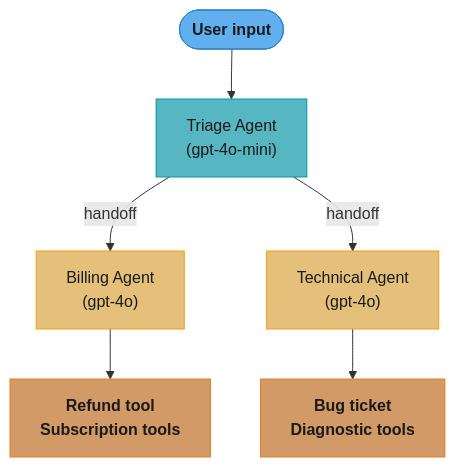
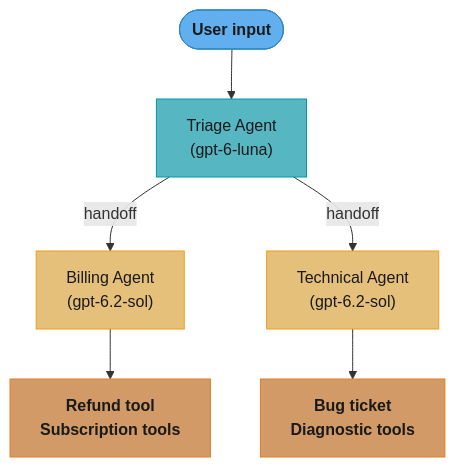
The second of 3 diagrams in src/main/java/com/rutik/systemdesign/llm/agentic_frameworks/openai_agents_sdk.md (rppol/system-design), drawn with Mermaid before and after one commit. The commit also changed other lines of this file and 70 other files, not shown here.

````diff
--- a/src/main/java/com/rutik/systemdesign/llm/agentic_frameworks/openai_agents_sdk.md
+++ b/src/main/java/com/rutik/systemdesign/llm/agentic_frameworks/openai_agents_sdk.md
@@ -120,21 +122,21 @@
 ```mermaid
 flowchart TD
     classDef io      fill:#61afef,stroke:#2e86c1,color:#1a1a1a,font-weight:bold
     classDef frozen  fill:#c678dd,stroke:#9b59b6,color:#fff
     classDef train   fill:#98c379,stroke:#27ae60,color:#1a1a1a
     classDef mathOp  fill:#d19a66,stroke:#e67e22,color:#1a1a1a,font-weight:bold
     classDef lossN   fill:#e06c75,stroke:#c0392b,color:#fff,font-weight:bold
     classDef req     fill:#56b6c2,stroke:#0097a7,color:#1a1a1a
     classDef base    fill:#e5c07b,stroke:#f39c12,color:#1a1a1a
 
-    USER(["User input"]) --> TRIAGE["Triage Agent<br/>(gpt-4o-mini)"]
-    TRIAGE -->|"handoff"| BILL["Billing Agent<br/>(gpt-4o)"]
-    TRIAGE -->|"handoff"| TECH["Technical Agent<br/>(gpt-4o)"]
+    USER(["User input"]) --> TRIAGE["Triage Agent<br/>(gpt-6-luna)"]
+    TRIAGE -->|"handoff"| BILL["Billing Agent<br/>(gpt-6.2-sol)"]
+    TRIAGE -->|"handoff"| TECH["Technical Agent<br/>(gpt-6.2-sol)"]
     BILL --> REFUND["Refund tool<br/>Subscription tools"]
     TECH --> BUG["Bug ticket<br/>Diagnostic tools"]
 
     class USER io
     class TRIAGE req
     class BILL,TECH base
     class REFUND,BUG mathOp
 ```
````
